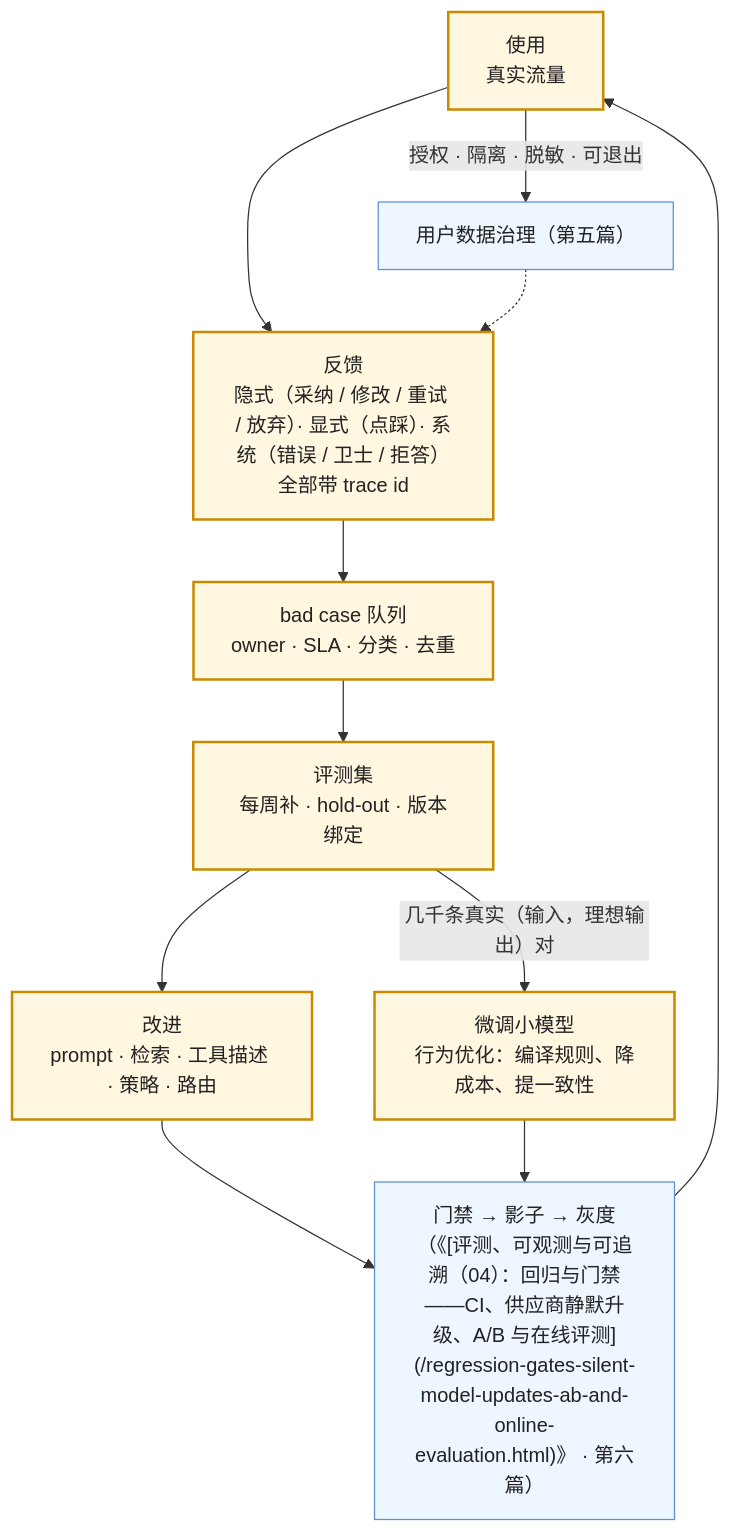
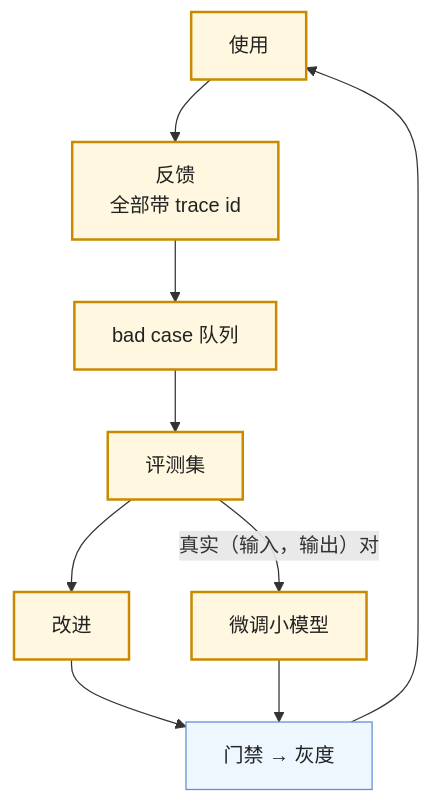
Before and after one commit to arganzheng/arganzheng.github.com: the seventh of 7 diagrams in slides/2026-11-14-production-and-operations.md, drawn with Mermaid. The commit also changed other lines of this file, not shown here.

Commit message:
slides/production-and-operations: cut/shorten mermaid diagrams below 14px rendered text (check-render smalltext/overlap)

````diff
--- a/slides/2026-11-14-production-and-operations.md
+++ b/slides/2026-11-14-production-and-operations.md
@@ -252,19 +252,17 @@
 ```mermaid
 %%{init: {"flowchart": {"wrappingWidth": 180}}}%%
 flowchart TB
-    U["使用<br/>真实流量"] --> F["反馈<br/>隐式（采纳 / 修改 / 重试 / 放弃）· 显式（点踩）· 系统（错误 / 卫士 / 拒答）<br/>全部带 trace id"]
-    F --> Q["bad case 队列<br/>owner · SLA · 分类 · 去重"]
-    Q --> E["评测集<br/>每周补 · hold-out · 版本绑定"]
-    E --> I["改进<br/>prompt · 检索 · 工具描述 · 策略 · 路由"]
-    I --> G["门禁 → 影子 → 灰度<br/>（《[评测、可观测与可追溯（04）：回归与门禁——CI、供应商静默升级、A/B 与在线评测](/regression-gates-silent-model-updates-ab-and-online-evaluation.html)》 · 第六篇）"]
+    U["使用"] --> F["反馈<br/>全部带 trace id"]
+    F --> Q["bad case 队列"]
+    Q --> E["评测集"]
+    E --> I["改进"]
+    I --> G["门禁 → 灰度"]
     G --> U
-    E -->|"几千条真实（输入，理想输出）对"| FT["微调小模型<br/>行为优化：编译规则、降成本、提一致性"]
+    E -->|"真实（输入，输出）对"| FT["微调小模型"]
     FT --> G
-    U -->|"授权 · 隔离 · 脱敏 · 可退出"| D["用户数据治理（第五篇）"]
-    D -.-> F
 
     classDef step fill:#fff7e0,stroke:#c98a00,stroke-width:2px,color:#222
     classDef gate fill:#eef6ff,stroke:#5b8fd6,color:#222
     class U,F,Q,E,I,FT step
-    class G,D gate
+    class G gate
 ```
````
